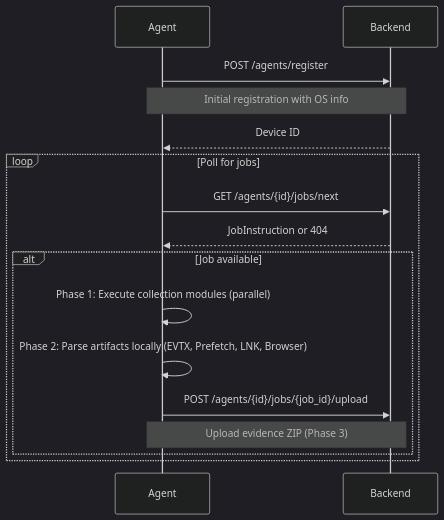
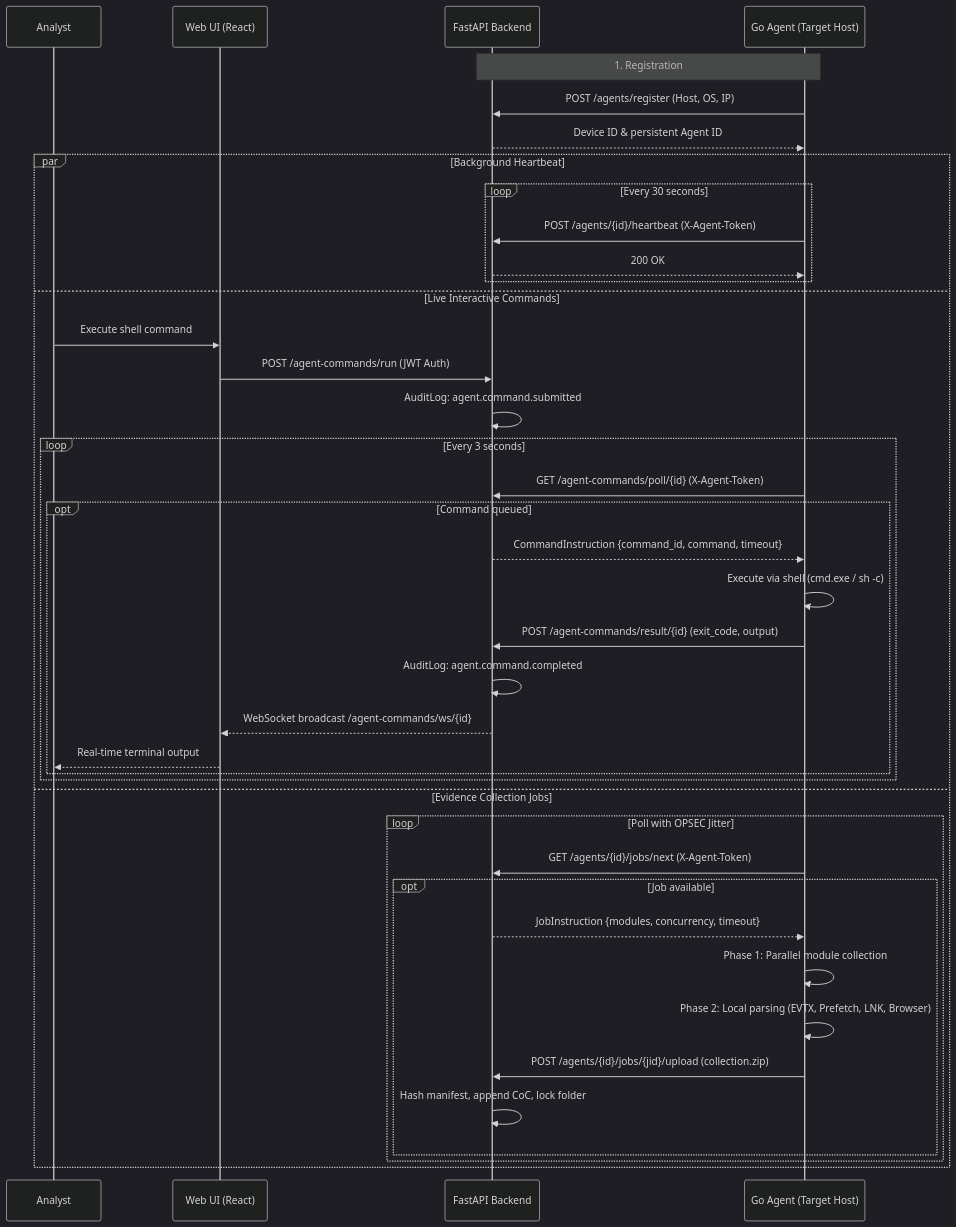
One commit to angganovryanputra/dfir-collection-kit changed the third of 3 diagrams in docs/ARCHITECTURE.md. Above: the diagram before and after it, drawn with Mermaid (dark theme). The commit also changed other lines of this file and 14 other files, not shown here.

Commit message:
feat: implement DFIR collection agent core, API client, and backend endpoints

````diff
--- a/docs/ARCHITECTURE.md
+++ b/docs/ARCHITECTURE.md
@@ -286,20 +306,44 @@
 ```mermaid
 sequenceDiagram
-    participant Agent
-    participant Backend
+    participant Analyst
+    participant WebUI as Web UI (React)
+    participant Backend as FastAPI Backend
+    participant Agent as Go Agent (Target Host)
 
-    Agent->>Backend: POST /agents/register
-    Note over Agent,Backend: Initial registration with OS info
-    Backend-->>Agent: Device ID
+    Note over Agent,Backend: 1. Registration
+    Agent->>Backend: POST /agents/register (Host, OS, IP)
+    Backend-->>Agent: Device ID & persistent Agent ID
 
-    loop Poll for jobs
-        Agent->>Backend: GET /agents/{id}/jobs/next
-        Backend-->>Agent: JobInstruction or 404
-        alt Job available
-            Agent->>Agent: Phase 1: Execute collection modules (parallel)
-            Agent->>Agent: Phase 2: Parse artifacts locally (EVTX, Prefetch, LNK, Browser)
-            Agent->>Backend: POST /agents/{id}/jobs/{job_id}/upload
-            Note over Agent,Backend: Upload evidence ZIP (Phase 3)
+    par Background Heartbeat
+        loop Every 30 seconds
+            Agent->>Backend: POST /agents/{id}/heartbeat (X-Agent-Token)
+            Backend-->>Agent: 200 OK
+        end
+    and Live Interactive Commands
+        Analyst->>WebUI: Execute shell command
+        WebUI->>Backend: POST /agent-commands/run (JWT Auth)
+        Backend->>Backend: AuditLog: agent.command.submitted
+        loop Every 3 seconds
+            Agent->>Backend: GET /agent-commands/poll/{id} (X-Agent-Token)
+            opt Command queued
+                Backend-->>Agent: CommandInstruction {command_id, command, timeout}
+                Agent->>Agent: Execute via shell (cmd.exe / sh -c)
+                Agent->>Backend: POST /agent-commands/result/{id} (exit_code, output)
+                Backend->>Backend: AuditLog: agent.command.completed
+                Backend-->>WebUI: WebSocket broadcast /agent-commands/ws/{id}
+                WebUI-->>Analyst: Real-time terminal output
+            end
+        end
+    and Evidence Collection Jobs
+        loop Poll with OPSEC Jitter
+            Agent->>Backend: GET /agents/{id}/jobs/next (X-Agent-Token)
+            opt Job available
+                Backend-->>Agent: JobInstruction {modules, concurrency, timeout}
+                Agent->>Agent: Phase 1: Parallel module collection
+                Agent->>Agent: Phase 2: Local parsing (EVTX, Prefetch, LNK, Browser)
+                Agent->>Backend: POST /agents/{id}/jobs/{jid}/upload (collection.zip)
+                Backend->>Backend: Hash manifest, append CoC, lock folder
+            end
         end
     end
 ```
````
